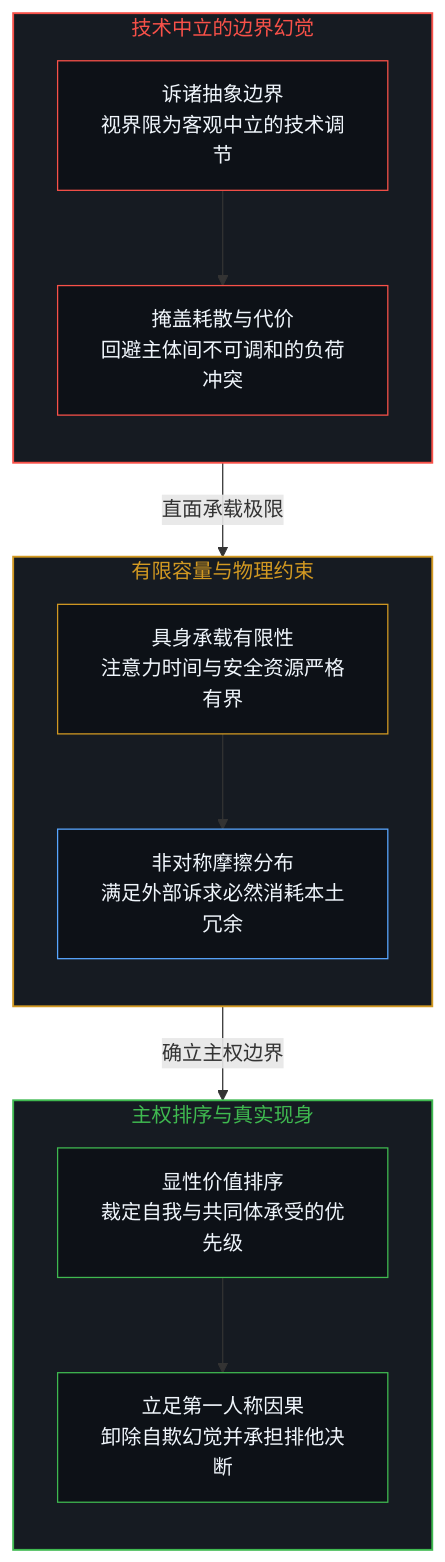
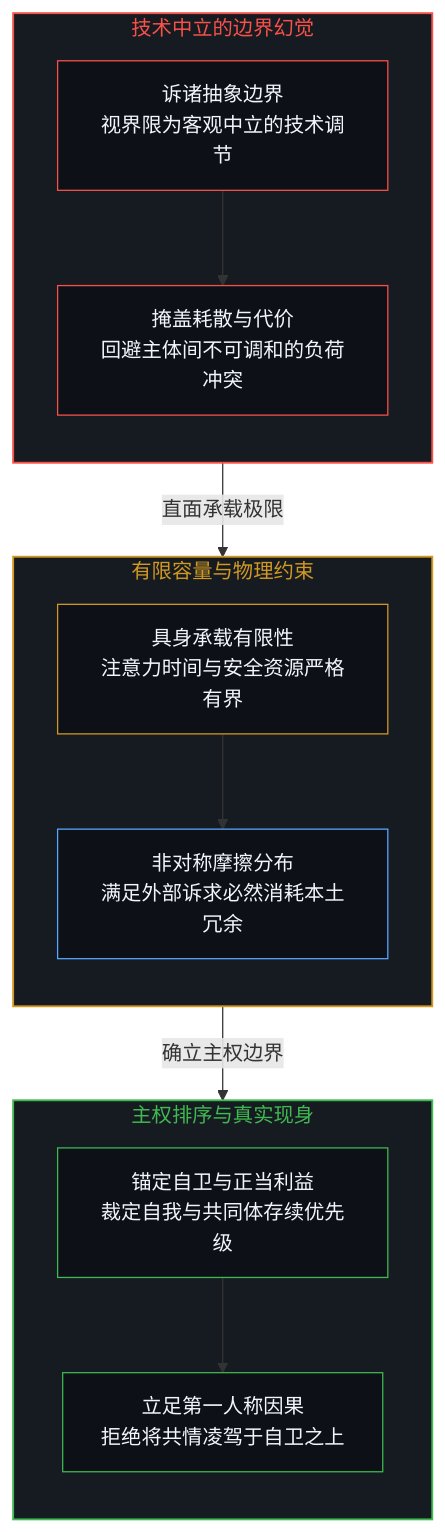
The third of 4 diagrams in content/posts/the-capability-reversal-of-empathy-and-the-contest-of-boundaries.md (powerpig99/not-a-toe), drawn with Mermaid before and after one commit. The commit also changed other lines of this file and 4 other files, not shown here.

````diff
--- a/content/posts/the-capability-reversal-of-empathy-and-the-contest-of-boundaries.md
+++ b/content/posts/the-capability-reversal-of-empathy-and-the-contest-of-boundaries.md
@@ -109,31 +115,31 @@
 ```mermaid
 graph TD
     subgraph S_Illusion ["技术中立的边界幻觉"]
         direction TB
         ILL1["诉诸抽象边界<br/>视界限为客观中立的技术调节"] --> ILL2["掩盖耗散与代价<br/>回避主体间不可调和的负荷冲突"]
     end
 
     subgraph S_Capacity ["有限容量与物理约束"]
         direction TB
         CAP1["具身承载有限性<br/>注意力时间与安全资源严格有界"] --> CAP2["非对称摩擦分布<br/>满足外部诉求必然消耗本土冗余"]
     end
 
     subgraph S_Sovereignty ["主权排序与真实现身"]
         direction TB
-        SOV1["显性价值排序<br/>裁定自我与共同体承受的优先级"] --> SOV2["立足第一人称因果<br/>卸除自欺幻觉并承担排他决断"]
+        SOV1["锚定自卫与正当利益<br/>裁定自我与共同体存续优先级"] --> SOV2["立足第一人称因果<br/>拒绝将共情凌驾于自卫之上"]
     end
 
     ILL2 -->|"直面承载极限"| CAP1
     CAP2 -->|"确立主权边界"| SOV1
 
     style S_Illusion fill:#161b22,stroke:#f85149,stroke-width:1.5px,color:#f85149
     style S_Capacity fill:#161b22,stroke:#d29922,stroke-width:1.5px,color:#d29922
     style S_Sovereignty fill:#161b22,stroke:#3fb950,stroke-width:1.5px,color:#3fb950
 
     style ILL1 fill:#0d1117,stroke:#f85149,stroke-width:1px,color:#f0f6fc
     style ILL2 fill:#0d1117,stroke:#f85149,stroke-width:1px,color:#f0f6fc
     style CAP1 fill:#0d1117,stroke:#d29922,stroke-width:1px,color:#f0f6fc
     style CAP2 fill:#0d1117,stroke:#58a6ff,stroke-width:1px,color:#f0f6fc
     style SOV1 fill:#0d1117,stroke:#3fb950,stroke-width:1px,color:#f0f6fc
     style SOV2 fill:#0d1117,stroke:#3fb950,stroke-width:1px,color:#f0f6fc
 ```
````
